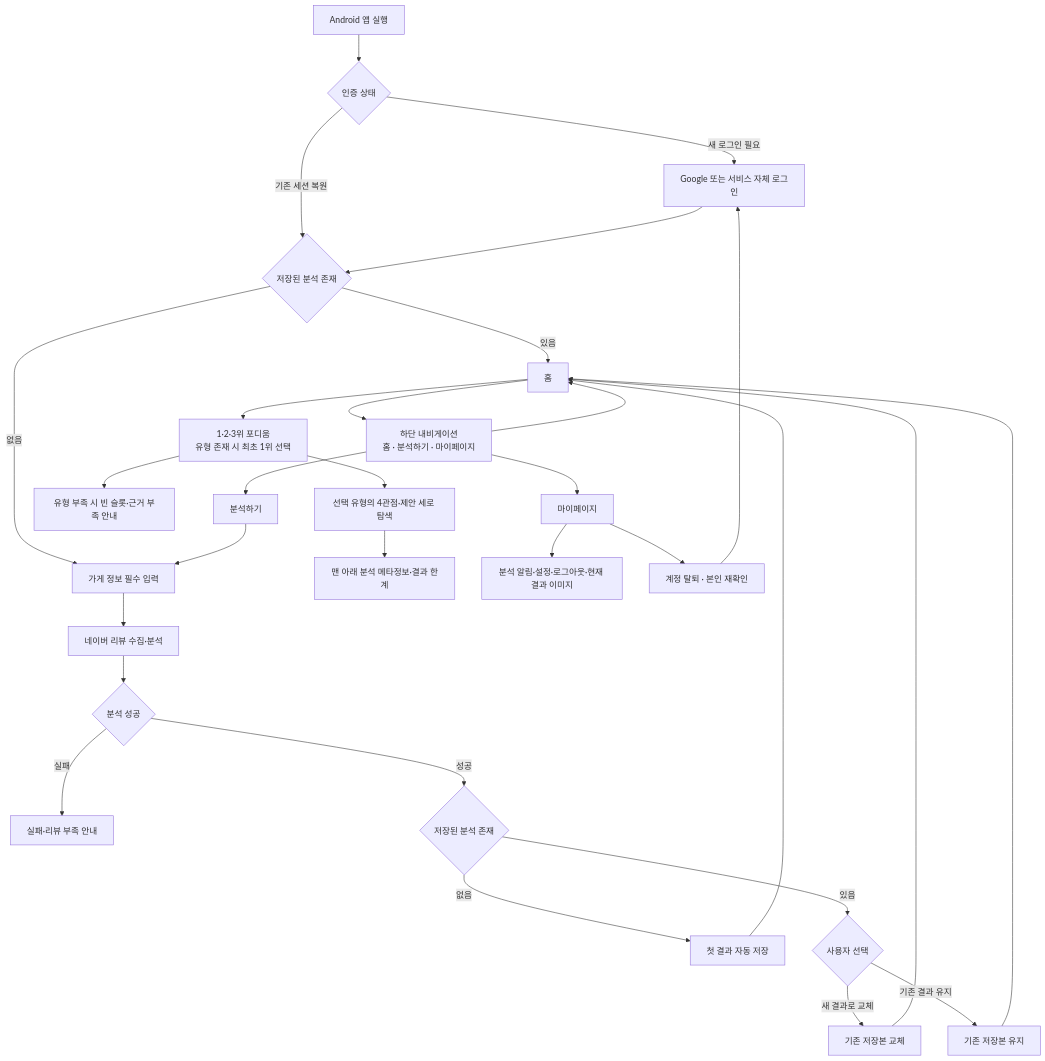
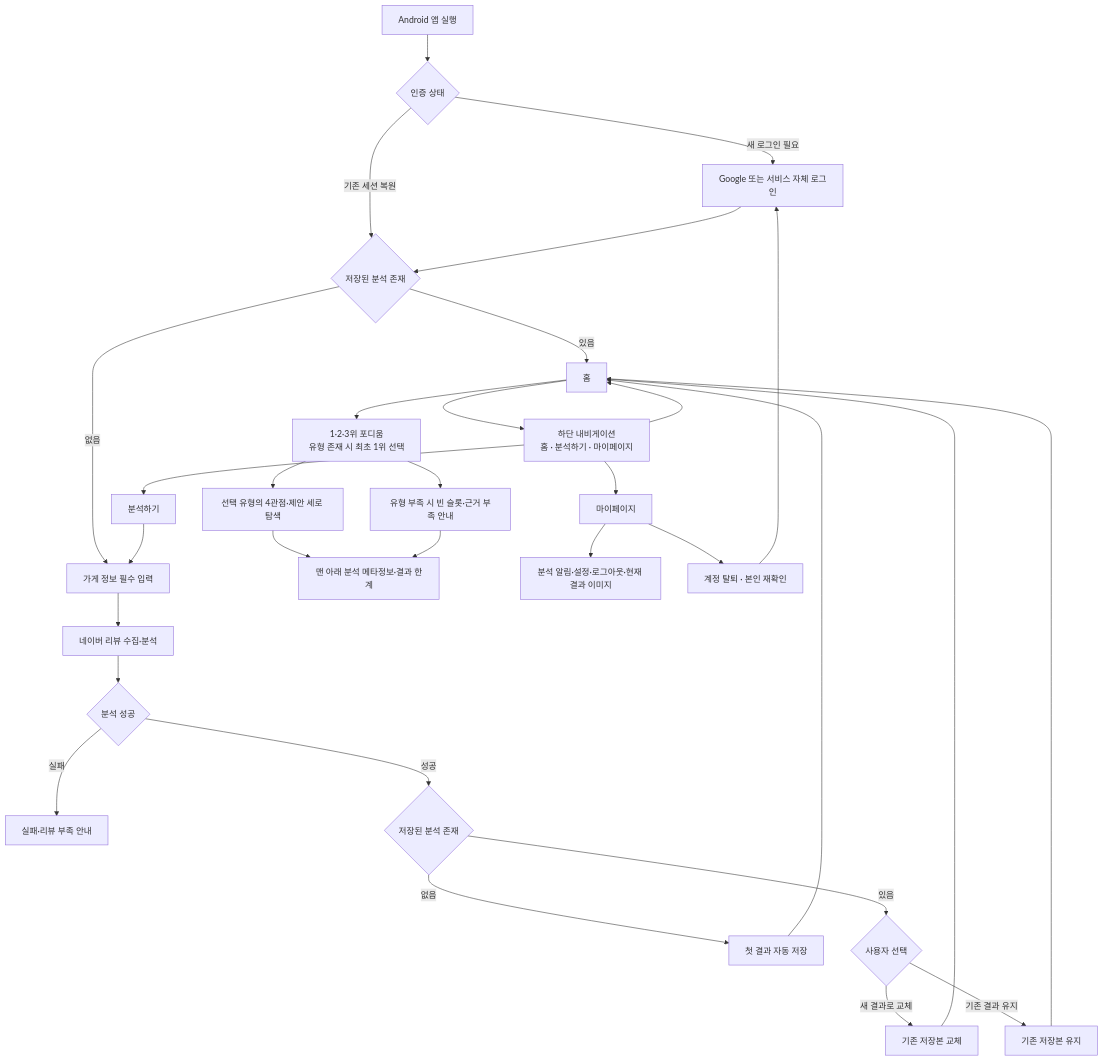
The diagram in docs/product/requirements/USER_FLOW.md (SKUnohtaekyung/PULSE_SCC), drawn with Mermaid before and after one commit. The commit also changed other lines of this file and 5 other files, not shown here.

````diff
--- a/docs/product/requirements/USER_FLOW.md
+++ b/docs/product/requirements/USER_FLOW.md
@@ -35,32 +35,33 @@
 ```mermaid
 flowchart TD
     A[Android 앱 실행] --> B{인증 상태}
     B -- 새 로그인 필요 --> C[Google 또는 서비스 자체 로그인]
     B -- 기존 세션 복원 --> Z{저장된 분석 존재}
     Z -- 있음 --> H[홈]
     Z -- 없음 --> D[가게 정보 필수 입력]
     C --> Z
     D --> E[네이버 리뷰 수집·분석]
     E --> F{분석 성공}
     F -- 실패 --> G[실패·리뷰 부족 안내]
     F -- 성공 --> S{저장된 분석 존재}
     S -- 없음 --> T[첫 결과 자동 저장]
     T --> H
     S -- 있음 --> U{사용자 선택}
     U -- 새 결과로 교체 --> V[기존 저장본 교체]
     U -- 기존 결과 유지 --> W[기존 저장본 유지]
     V --> H
     W --> H
     H --> P[1·2·3위 포디움<br/>유형 존재 시 최초 1위 선택]
     P --> Q[선택 유형의 4관점·제안 세로 탐색]
     P --> P1[유형 부족 시 빈 슬롯·근거 부족 안내]
     Q --> M[맨 아래 분석 메타정보·결과 한계]
+    P1 --> M
     H --> N[하단 내비게이션<br/>홈 · 분석하기 · 마이페이지]
     N --> H
     N --> X[분석하기]
     X --> D
     N --> Y[마이페이지]
     Y --> Y1[분석 알림·설정·로그아웃·현재 결과 이미지]
     Y --> Y2[계정 탈퇴 · 본인 재확인]
     Y2 --> C
 ```
````
